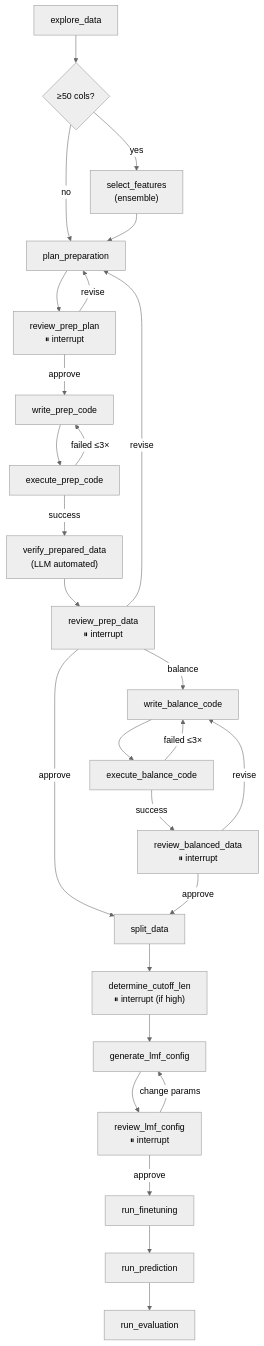
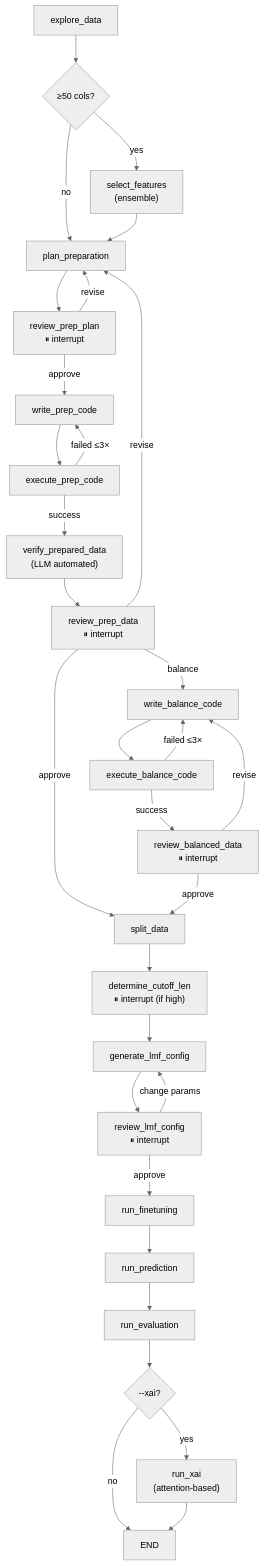
One commit to Qingtian-Zou/auto-llm-predictor changed the diagram in README.md. Above: the diagram before and after it, drawn with Mermaid (neutral theme). The commit also changed other lines of this file, not shown here.

````diff
--- a/README.md
+++ b/README.md
@@ -9,29 +22,33 @@
 ```mermaid
 graph TD
     A["explore_data"] --> B{"≥50 cols?"}
     B -->|yes| FS["select_features<br/>(ensemble)"]
     B -->|no| C["plan_preparation"]
     FS --> C
     C --> RP["review_prep_plan<br/>⏸ interrupt"]
     RP -->|approve| D["write_prep_code"]
     RP -->|revise| C
     D --> E["execute_prep_code"]
     E -->|failed ≤3×| D
     E -->|success| V["verify_prepared_data<br/>(LLM automated)"]
     V --> R1["review_prep_data<br/>⏸ interrupt"]
     R1 -->|approve| S["split_data"]
     R1 -->|balance| WB["write_balance_code"]
     R1 -->|revise| C
     WB --> EB["execute_balance_code"]
     EB -->|failed ≤3×| WB
     EB -->|success| RB["review_balanced_data<br/>⏸ interrupt"]
     RB -->|approve| S
     RB -->|revise| WB
     S --> CL["determine_cutoff_len<br/>⏸ interrupt (if high)"]
     CL --> F["generate_lmf_config"]
     F --> R2["review_lmf_config<br/>⏸ interrupt"]
     R2 -->|approve| G["run_finetuning"]
     R2 -->|change params| F
     G --> H["run_prediction"]
     H --> I["run_evaluation"]
+    I --> X{"--xai?"}
+    X -->|yes| XAI["run_xai<br/>(attention-based)"]
+    X -->|no| DONE["END"]
+    XAI --> DONE
 ```
````
